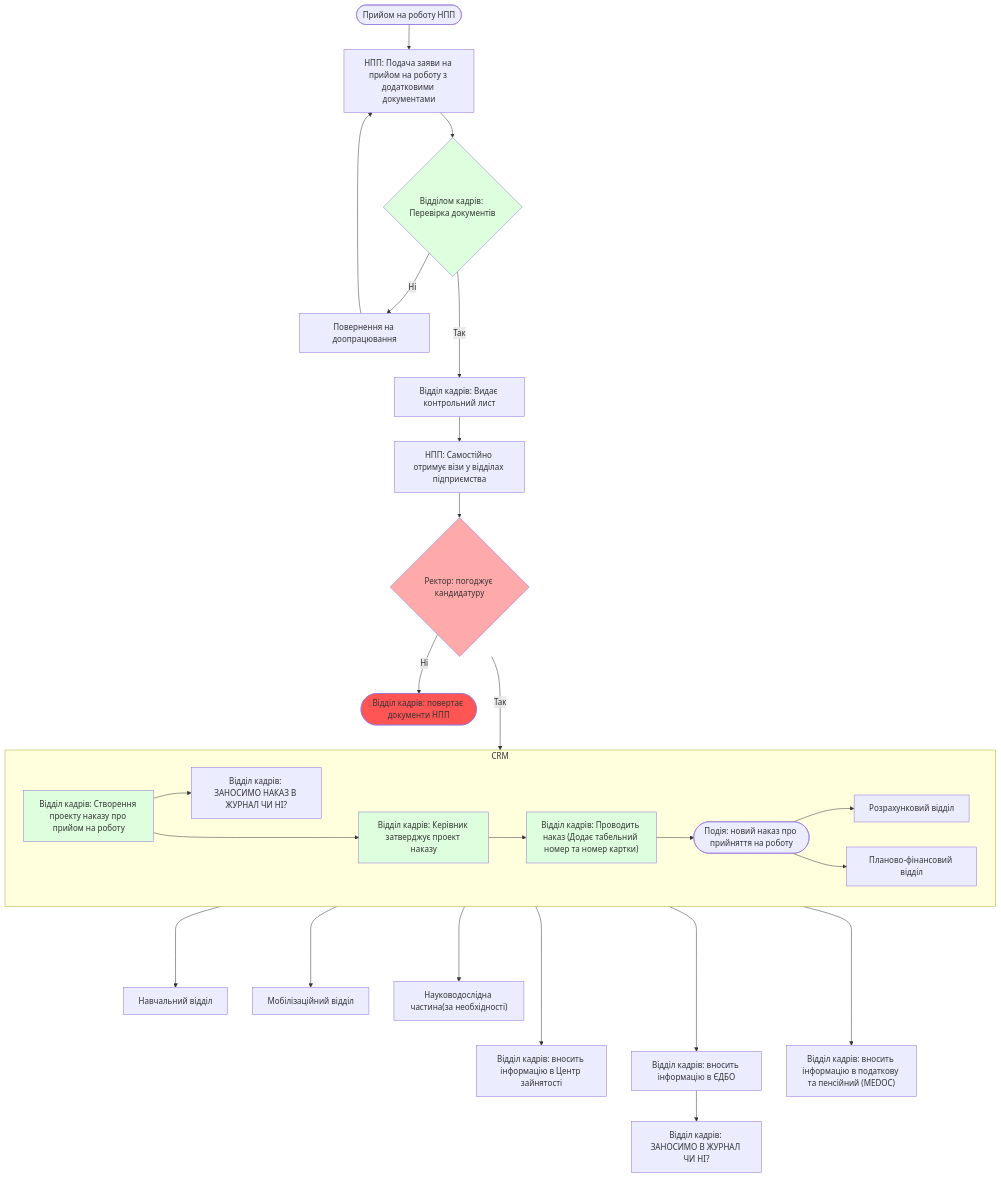
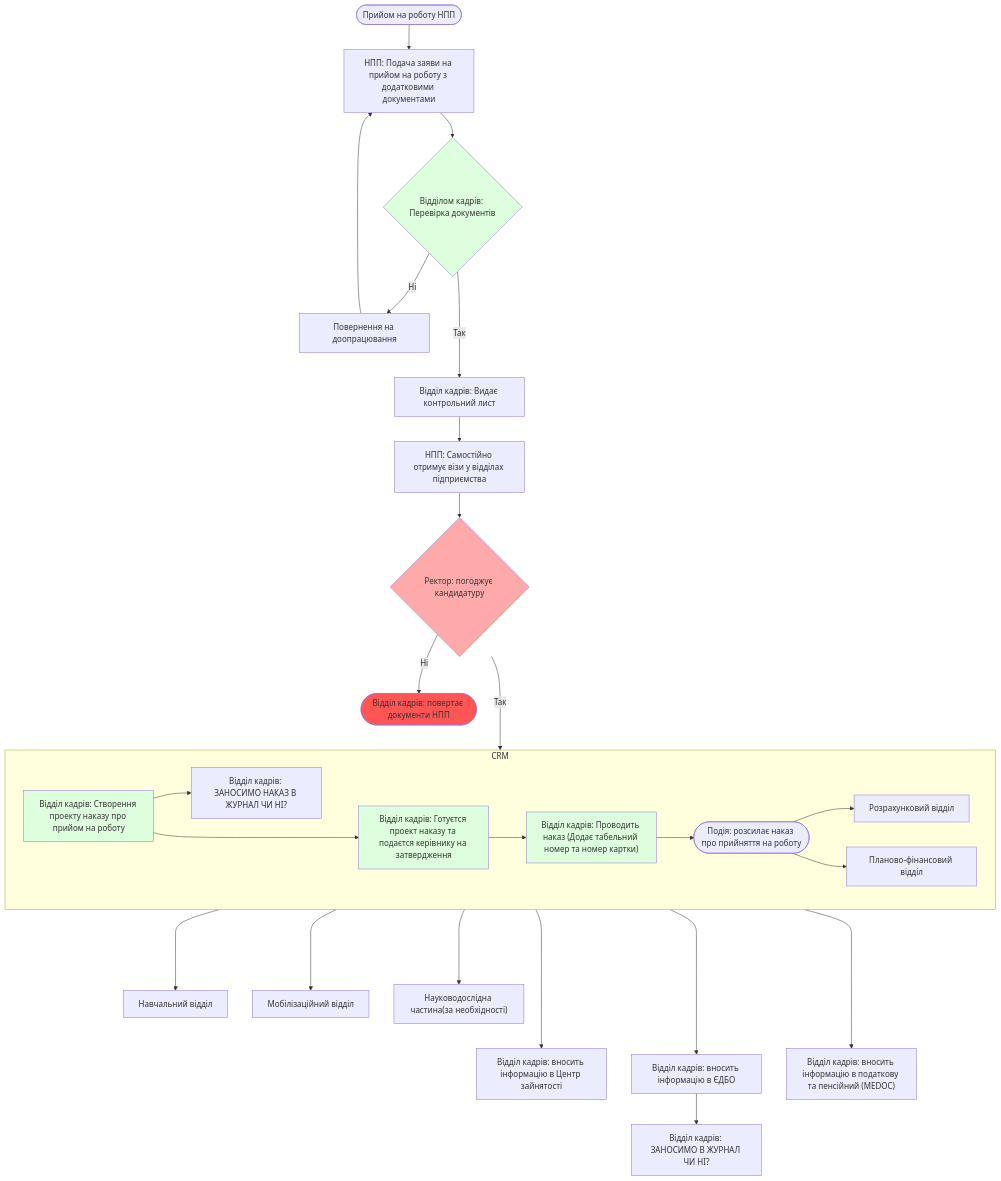
Before and after one commit to lisnayk/hr-workflows: the first of 2 diagrams in processes/onboarding/npp.md, drawn with Mermaid. The commit also changed other lines of this file, not shown here.

````diff
--- a/processes/onboarding/npp.md
+++ b/processes/onboarding/npp.md
@@ -34,38 +35,38 @@
 ```mermaid
 flowchart TB
     TITLE(["Прийом на роботу НПП"])
     TITLE --> APPLICATION["НПП: Подача заяви на прийом на роботу з додатковими документами"]
     APPLICATION --> R1{"Відділом кадрів: Перевірка документів"}
     R1 -- " Ні " --> NOT_VALID["Повернення на доопрацювання"]
     R1 -- " Так " ---> CHECK_LIST["Відділ кадрів: Видає контрольний лист"]
     NOT_VALID --> APPLICATION
     CHECK_LIST --> SIGNS["НПП: Самостійно отримує візи у відділах підприємства"]
     SIGNS --> R2{"Ректор: погоджує кандидатуру"}
     subgraph "CRM"
         direction LR
         APPROVE["Відділ кадрів: Створення проекту наказу про прийом на роботу"]
         APPROVE --> REPORT["Відділ кадрів: ЗАНОСИМО НАКАЗ В ЖУРНАЛ ЧИ НІ?"]
-        APPROVE ---> HEAD_APPROVE["Відділ кадрів: Керівник затверджує проект наказу"]
+        APPROVE ---> HEAD_APPROVE["Відділ кадрів: Готуєтся проект наказу та подаєтся керівнику на затвердження"]
         HEAD_APPROVE --> PROVODKA["Відділ кадрів: Проводить наказ (Додає табельний номер та номер картки)"]
-        PROVODKA --> EVENT_CREATED(["Подія: новий наказ про прийняття на роботу"])
+        PROVODKA --> EVENT_CREATED(["Подія: розсилає наказ про прийняття на роботу"])
         EVENT_CREATED --> V1["Розрахунковий відділ"]
         EVENT_CREATED --> V2["Планово-фінансовий відділ"]
     end
     R2 -- " Ні " --> REJECT(["Відділ кадрів: повертає документи НПП"])
     R2 -- " Так " ---> CRM
 
 
     PROVODKA ----> V3["Навчальний відділ"]
     PROVODKA ----> V4["Мобілізаційний відділ"]
     PROVODKA ----> V5["Науководослідна частина(за необхідності)"]
     PROVODKA -----> EXT0["Відділ кадрів: вносить інформацію в Центр зайнятості"]
     PROVODKA -----> EXT1["Відділ кадрів: вносить інформацію в ЄДБО"]
     PROVODKA -----> EXT2["Відділ кадрів: вносить інформацію в податкову та пенсійний (MEDOC)"]
     EXT1 --> REPORT2["Відділ кадрів: ЗАНОСИМО В ЖУРНАЛ ЧИ НІ?"]
     style REJECT fill: #f55
     style R1 fill: #dfd
     style PROVODKA fill: #dfd
     style HEAD_APPROVE fill: #dfd
     style APPROVE fill: #dfd
     style R2 fill: #faa
 ```
````
